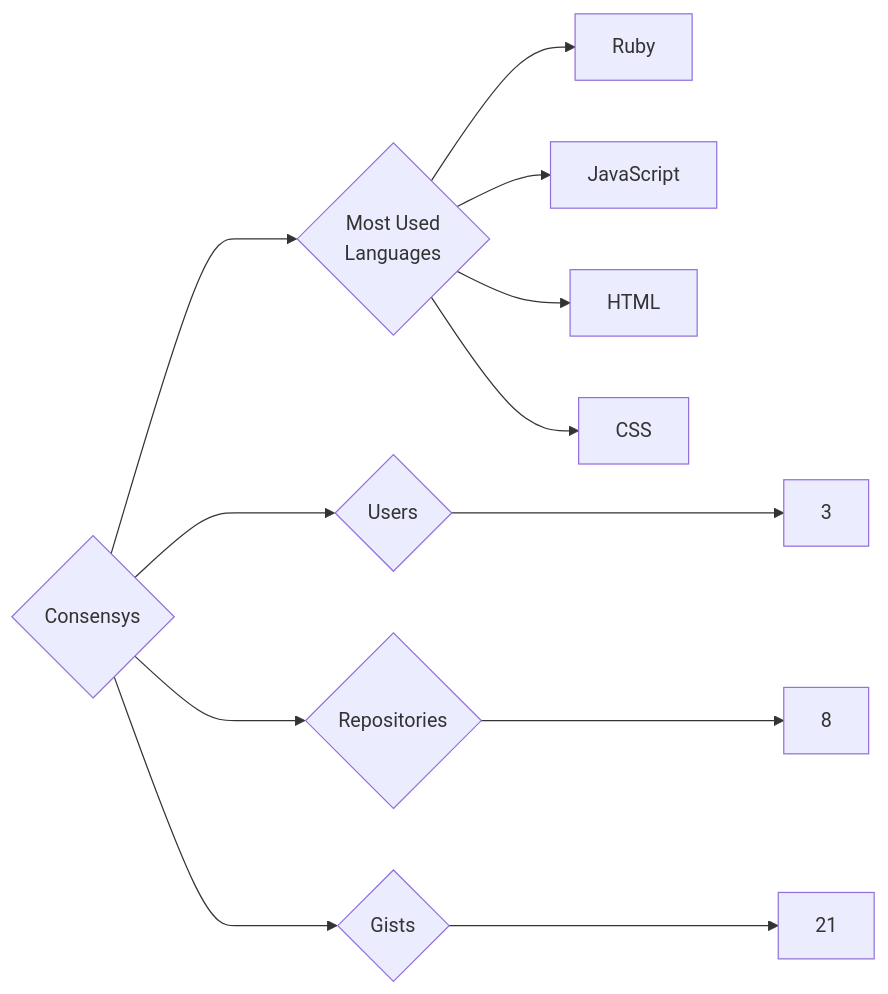
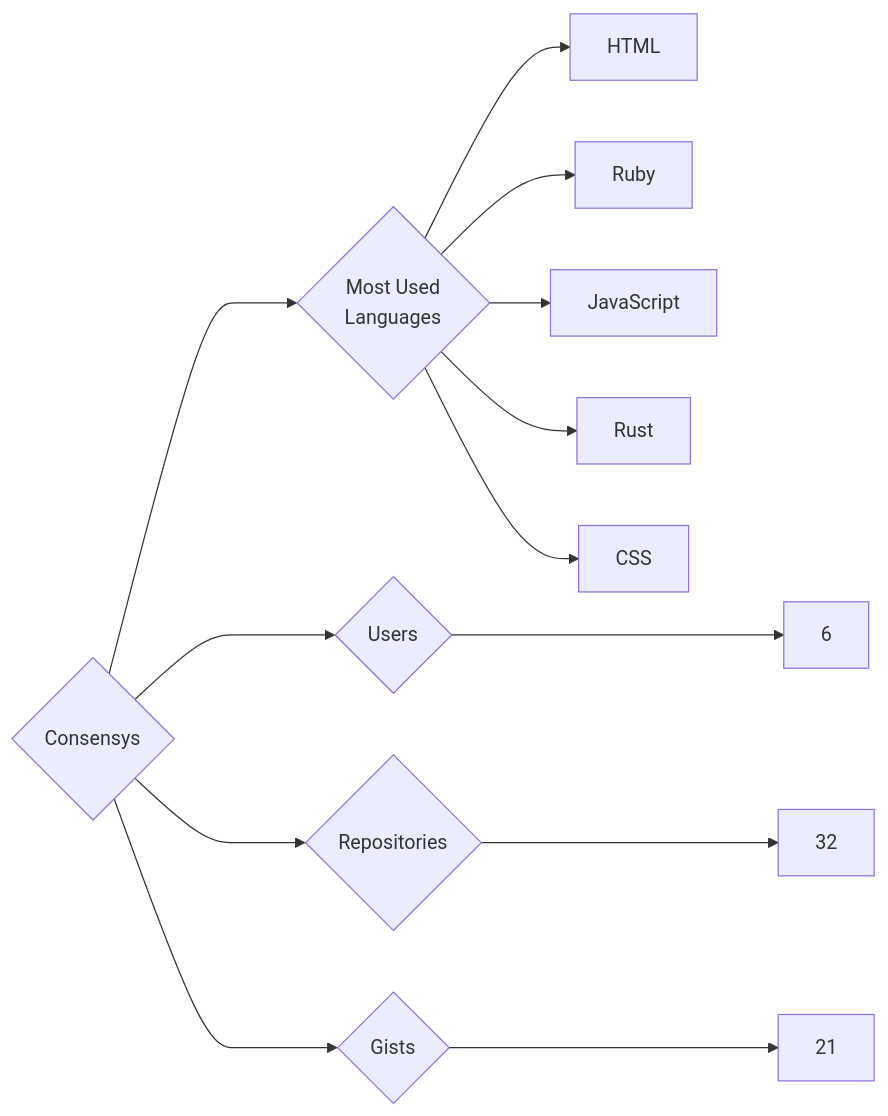
The diagram in targets/Consensys/README.md (trickest/insiders), drawn with Mermaid before and after one commit. The commit also changed 1084 other files, not shown here.

````diff
--- a/targets/Consensys/README.md
+++ b/targets/Consensys/README.md
@@ -3,12 +3,13 @@
 ```mermaid
 graph LR
 COMPANY_NAME{Consensys}
-COMPANY_NAME ---> U{Users} ---> UN[3]
-COMPANY_NAME ---> R{Repositories} ---> RN[8]
+COMPANY_NAME ---> U{Users} ---> UN[6]
+COMPANY_NAME ---> R{Repositories} ---> RN[32]
 COMPANY_NAME ---> G{Gists} ---> GN[21]
 COMPANY_NAME ---> ML{Most Used<br>Languages}
+ML --> HTML[HTML]
 ML --> Ruby[Ruby]
 ML --> JavaScript[JavaScript]
-ML --> HTML[HTML]
+ML --> Rust[Rust]
 ML --> CSS[CSS]
 ```
````
